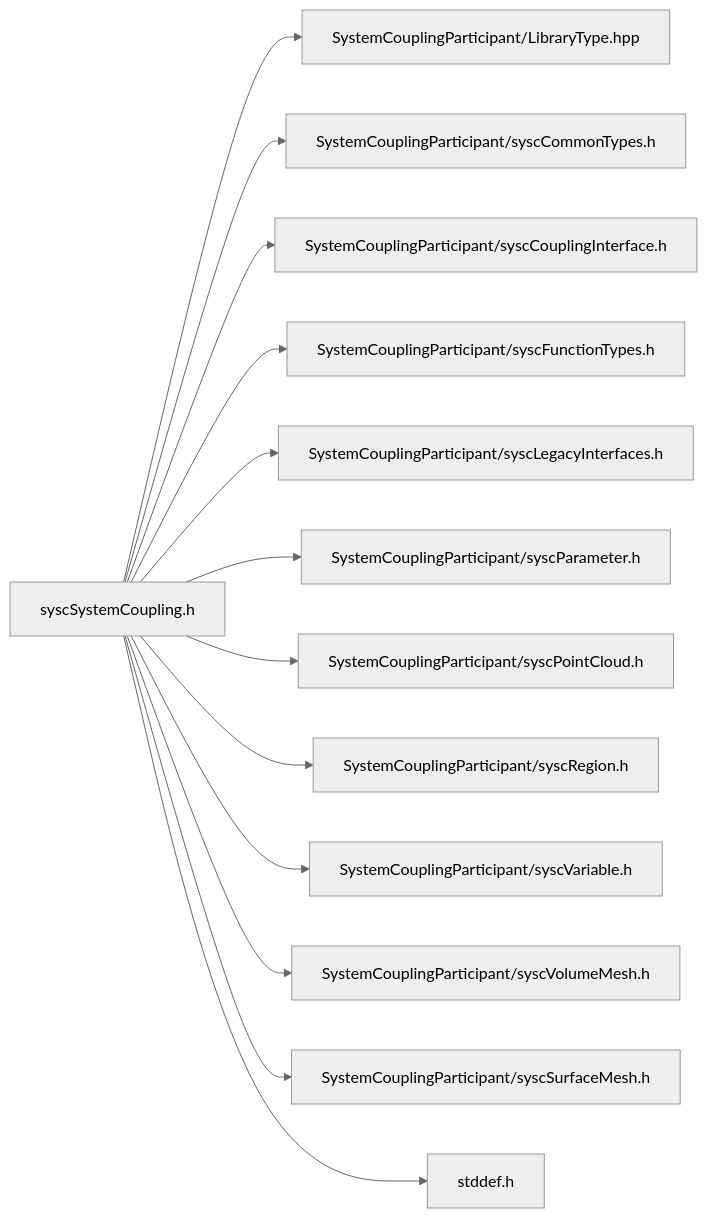
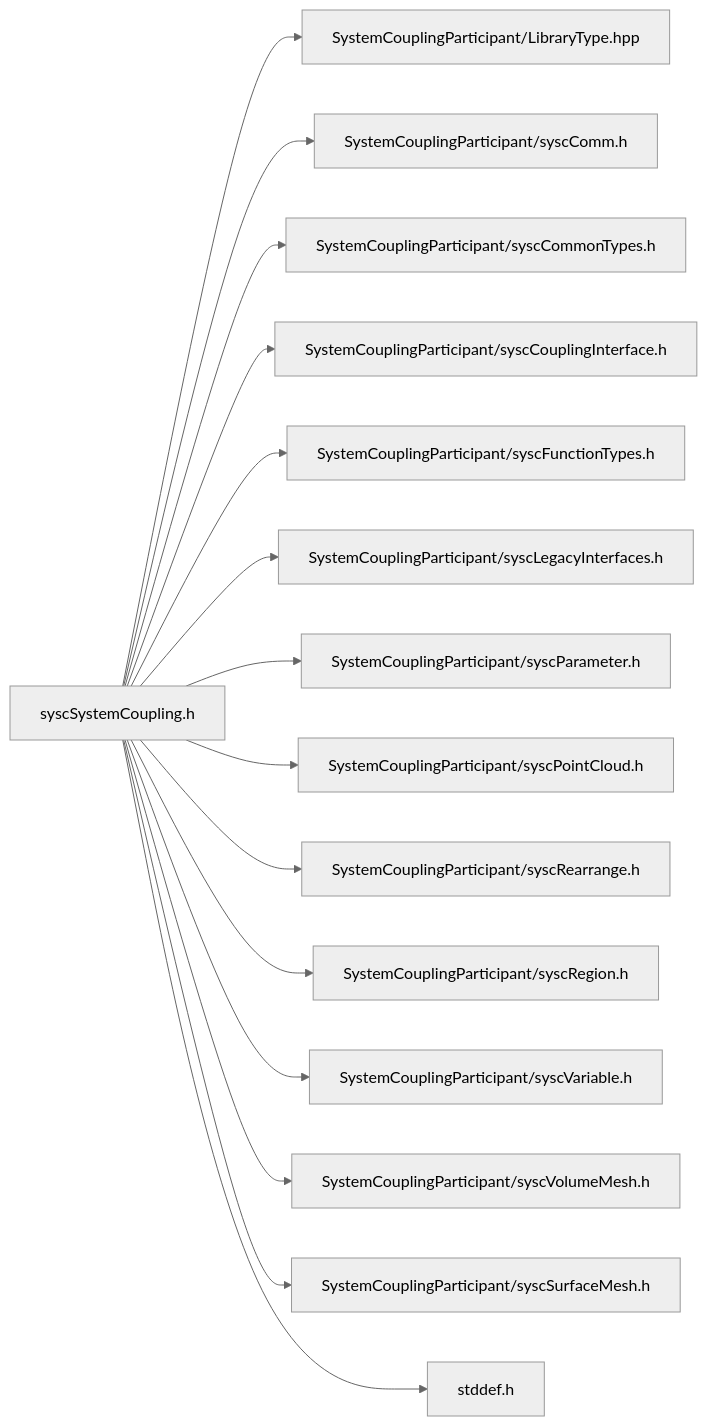
The diagram in 2026R1/system-coupling-26-r1/articles/c-reference/syscSystemCoupling_8h.md (ansys/DevRelDocs), drawn with Mermaid (neutral theme) before and after one commit. The commit also changed other lines of this file and 377 other files, not shown here.

````diff
--- a/2026R1/system-coupling-26-r1/articles/c-reference/syscSystemCoupling_8h.md
+++ b/2026R1/system-coupling-26-r1/articles/c-reference/syscSystemCoupling_8h.md
@@ -26,42 +29,48 @@
 ```mermaid
 graph LR
-7["SystemCouplingParticipant/syscParameter.h"]
-
-3["SystemCouplingParticipant/syscCommonTypes.h"]
-
-13["stddef.h"]
-
-11["SystemCouplingParticipant/syscVolumeMesh.h"]
-
-5["SystemCouplingParticipant/syscFunctionTypes.h"]
-
 1["syscSystemCoupling.h"]
 click 1 "syscSystemCoupling_8h.md#syscSystemCoupling_8h"
 1 --> 2
 1 --> 3
 1 --> 4
 1 --> 5
 1 --> 6
 1 --> 7
 1 --> 8
 1 --> 9
 1 --> 10
 1 --> 11
 1 --> 12
 1 --> 13
-
-12["SystemCouplingParticipant/syscSurfaceMesh.h"]
+1 --> 14
+1 --> 15
 
 2["SystemCouplingParticipant/LibraryType.hpp"]
 
-10["SystemCouplingParticipant/syscVariable.h"]
+3["SystemCouplingParticipant/syscComm.h"]
 
-6["SystemCouplingParticipant/syscLegacyInterfaces.h"]
+4["SystemCouplingParticipant/syscCommonTypes.h"]
 
-9["SystemCouplingParticipant/syscRegion.h"]
+5["SystemCouplingParticipant/syscCouplingInterface.h"]
 
-8["SystemCouplingParticipant/syscPointCloud.h"]
+6["SystemCouplingParticipant/syscFunctionTypes.h"]
 
-4["SystemCouplingParticipant/syscCouplingInterface.h"]
+7["SystemCouplingParticipant/syscLegacyInterfaces.h"]
+
+8["SystemCouplingParticipant/syscParameter.h"]
+
+9["SystemCouplingParticipant/syscPointCloud.h"]
+
+10["SystemCouplingParticipant/syscRearrange.h"]
+
+11["SystemCouplingParticipant/syscRegion.h"]
+
+14["SystemCouplingParticipant/syscSurfaceMesh.h"]
+
+12["SystemCouplingParticipant/syscVariable.h"]
+
+13["SystemCouplingParticipant/syscVolumeMesh.h"]
+
+15["stddef.h"]
 
 ```
````
